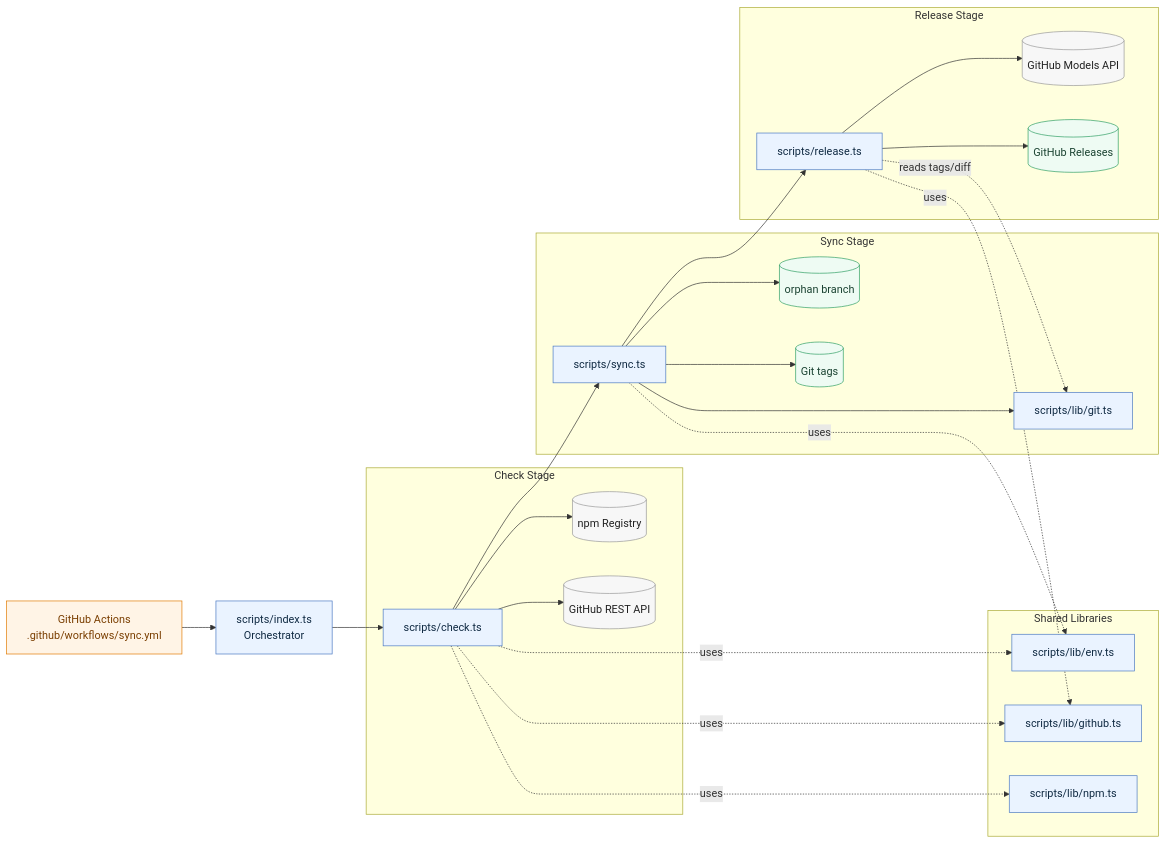
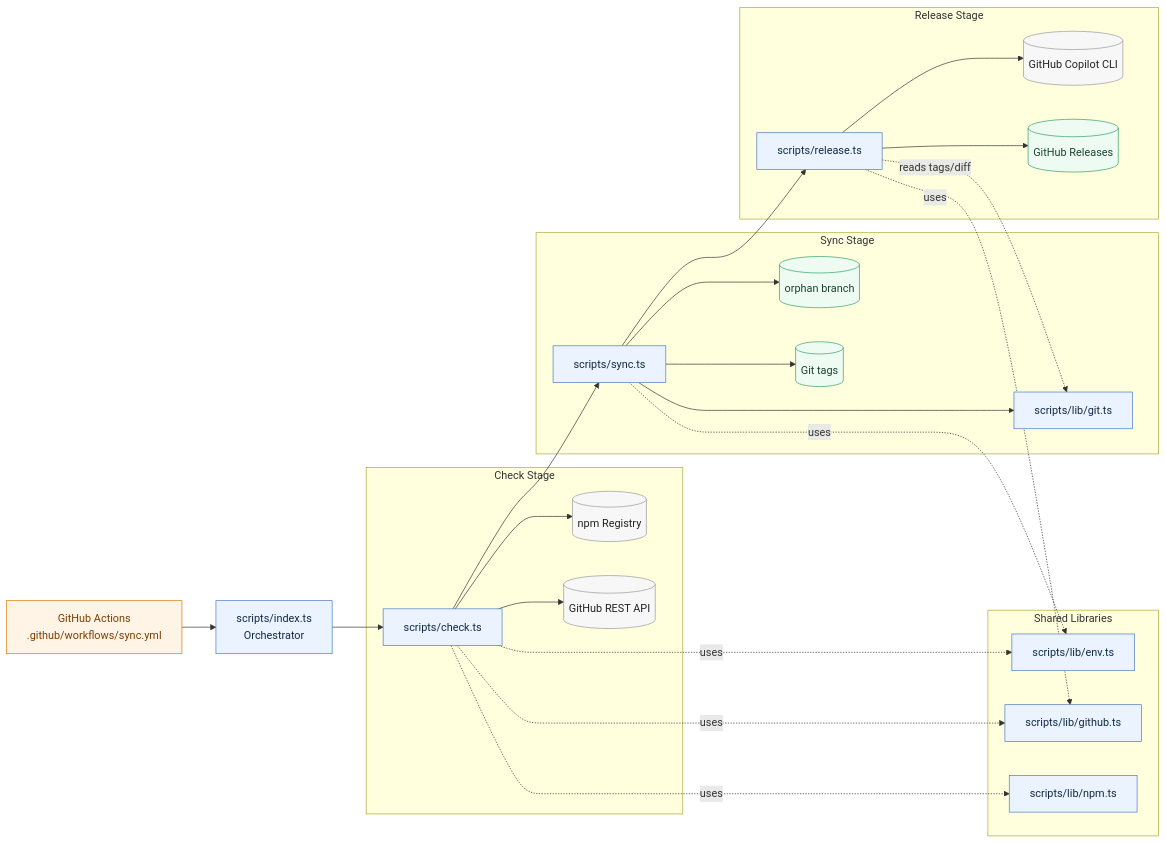
One commit to laojianzi/openclaw-weixin-mirror changed the diagram in README.md. Above: the diagram before and after it, drawn with Mermaid. The commit also changed other lines of this file and 4 other files, not shown here.

````diff
--- a/README.md
+++ b/README.md
@@ -14,52 +14,52 @@
 ```mermaid
 flowchart LR
   classDef ext fill:#f7f7f7,stroke:#999,stroke-width:1px,color:#222;
   classDef core fill:#eaf3ff,stroke:#4a78c2,stroke-width:1px,color:#102a43;
   classDef data fill:#eefbf3,stroke:#2f9e64,stroke-width:1px,color:#1b4332;
   classDef ci fill:#fff4e6,stroke:#e07a00,stroke-width:1px,color:#7a3e00;
 
   GH[GitHub Actions<br/>.github/workflows/sync.yml]:::ci --> IDX[scripts/index.ts<br/>Orchestrator]:::core
 
   subgraph Stage1[Check Stage]
     CHK[scripts/check.ts]:::core
     NPM[(npm Registry)]:::ext
     API[(GitHub REST API)]:::ext
   end
 
   subgraph Stage2[Sync Stage]
     SYN[scripts/sync.ts]:::core
     GIT[scripts/lib/git.ts]:::core
     ORPHAN[(orphan branch)]:::data
     TAGS[(Git tags)]:::data
   end
 
   subgraph Stage3[Release Stage]
     REL[scripts/release.ts]:::core
-    MODEL[(GitHub Models API)]:::ext
+    COPILOT[(GitHub Copilot CLI)]:::ext
     RELEASES[(GitHub Releases)]:::data
   end
 
   subgraph SharedLibs[Shared Libraries]
     ENV[scripts/lib/env.ts]:::core
     GH_LIB[scripts/lib/github.ts]:::core
     NPM_LIB[scripts/lib/npm.ts]:::core
   end
 
   IDX --> CHK --> SYN --> REL
 
   CHK --> NPM
   CHK --> API
   CHK -.uses.-> ENV
   CHK -.uses.-> GH_LIB
   CHK -.uses.-> NPM_LIB
 
   SYN --> GIT
   SYN --> ORPHAN
   SYN --> TAGS
   SYN -.uses.-> ENV
 
-  REL --> MODEL
+  REL --> COPILOT
   REL --> RELEASES
   REL -.uses.-> GH_LIB
   REL -.reads tags/diff.-> GIT
 ```
````
